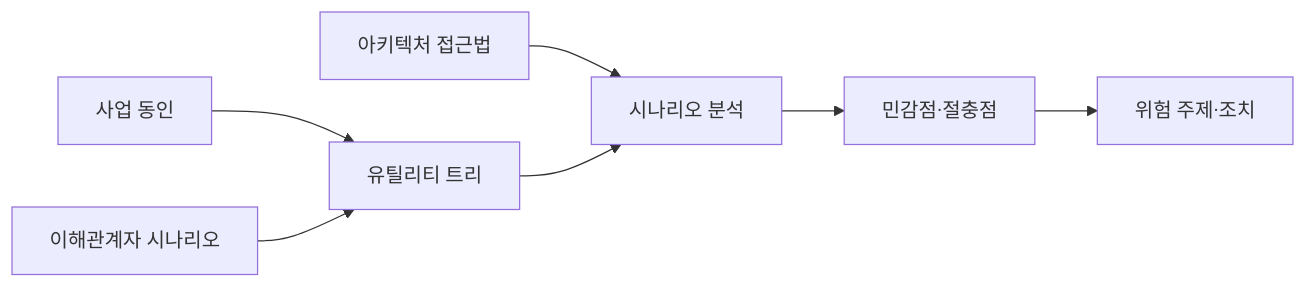
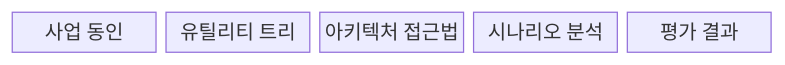
One commit to agnusdei1207/knowledge-base changed the first of 2 diagrams in src/content/docs/notes/03-software/071_atam.md. Above: the diagram before and after it, drawn with Mermaid. The commit also changed other lines of this file and 20 other files, not shown here.

````diff
--- a/src/content/docs/notes/03-software/071_atam.md
+++ b/src/content/docs/notes/03-software/071_atam.md
@@ -57,9 +55,9 @@
 ```mermaid
-flowchart LR
-    B[사업 동인] --> U[유틸리티 트리]
-    S[이해관계자 시나리오] --> U
-    A[아키텍처 접근법] --> N[시나리오 분석]
-    U --> N
-    N --> P[민감점·절충점]
-    P --> R[위험 주제·조치]
+block
+  columns 5
+  B["사업 동인"]
+  U["유틸리티 트리"]
+  A["아키텍처 접근법"]
+  N["시나리오 분석"]
+  R["평가 결과"]
 ```
````
